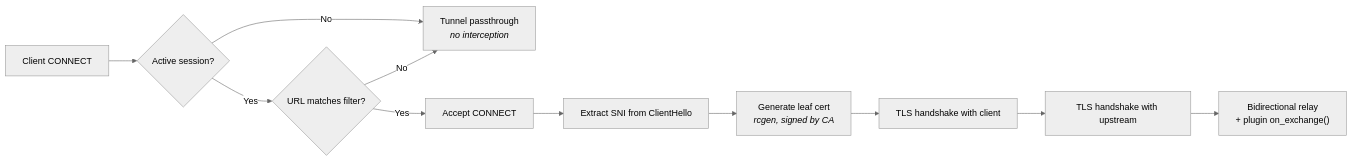
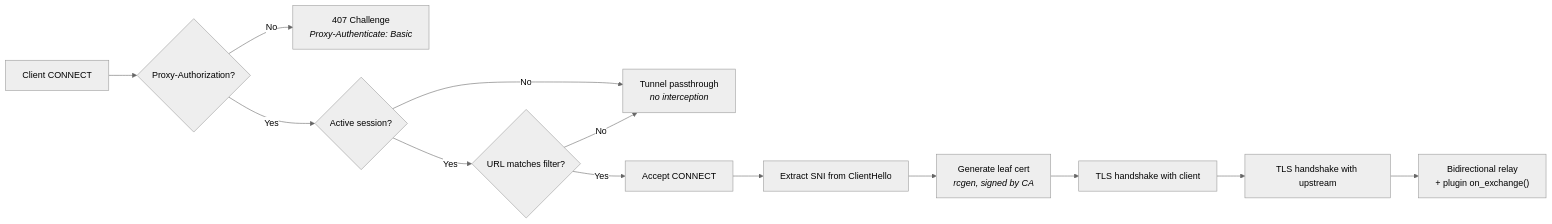
The second of 5 diagrams in docs/architecture/ai-gateway.md (Gile987/scope), drawn with Mermaid (neutral theme) before and after one commit. The commit also changed other lines of this file, not shown here.

First line of the commit message:
docs: update gateway and electron worker docs for Proxy-Authorization session identity

````diff
--- a/docs/architecture/ai-gateway.md
+++ b/docs/architecture/ai-gateway.md
@@ -121,13 +141,15 @@
 ```mermaid
 flowchart LR
-    A["Client CONNECT"] --> B{"Active session?"}
+    A["Client CONNECT"] --> AA{"Proxy-Authorization?"}
+    AA -->|No| AAA["407 Challenge<br/><i>Proxy-Authenticate: Basic</i>"]
+    AA -->|Yes| B{"Active session?"}
     B -->|No| C["Tunnel passthrough<br/><i>no interception</i>"]
     B -->|Yes| D{"URL matches filter?"}
     D -->|No| C
     D -->|Yes| E["Accept CONNECT"]
     E --> F["Extract SNI from ClientHello"]
     F --> G["Generate leaf cert<br/><i>rcgen, signed by CA</i>"]
     G --> H["TLS handshake with client"]
     H --> I["TLS handshake with upstream"]
     I --> J["Bidirectional relay<br/>+ plugin on_exchange()"]
 ```
````
